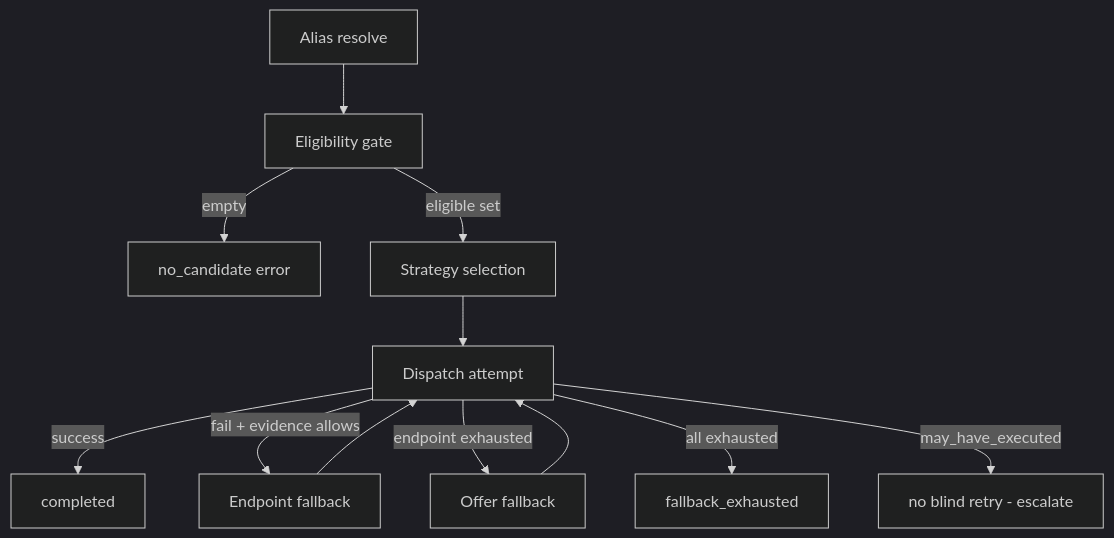
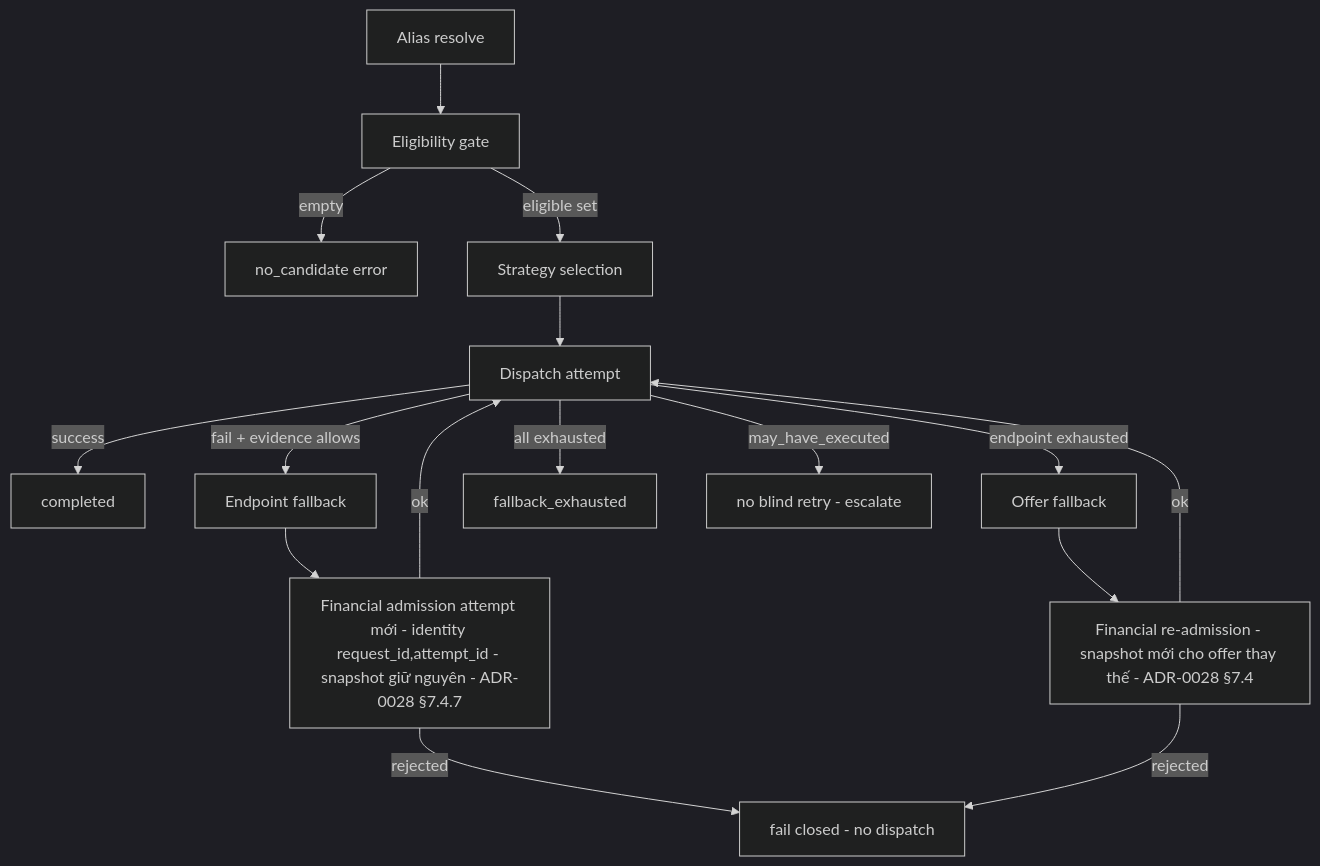
One commit to ecoma-io/ecoma changed the second of 7 diagrams in docs/applications/llm-api/01-architecture.md. Above: the diagram before and after it, drawn with Mermaid (dark theme). The commit also changed other lines of this file and 18 other files, not shown here.

````diff
--- a/docs/applications/llm-api/01-architecture.md
+++ b/docs/applications/llm-api/01-architecture.md
@@ -123,14 +129,18 @@
 ```mermaid
 flowchart TD
   A[Alias resolve] --> B[Eligibility gate]
   B -->|empty| NC[no_candidate error]
   B -->|eligible set| S[Strategy selection]
   S --> D[Dispatch attempt]
   D -->|success| OK[completed]
   D -->|fail + evidence allows| EF[Endpoint fallback]
-  EF --> D
+  EF --> FAE[Financial admission attempt mới - identity request_id,attempt_id - snapshot giữ nguyên - ADR-0028 §7.4.7]
+  FAE -->|ok| D
+  FAE -->|rejected| FC[fail closed - no dispatch]
   D -->|endpoint exhausted| OF[Offer fallback]
-  OF --> D
+  OF --> RA[Financial re-admission - snapshot mới cho offer thay thế - ADR-0028 §7.4]
+  RA -->|ok| D
+  RA -->|rejected| FC[fail closed - no dispatch]
   D -->|all exhausted| FE[fallback_exhausted]
   D -->|may_have_executed| STOP[no blind retry - escalate]
 ```
````
